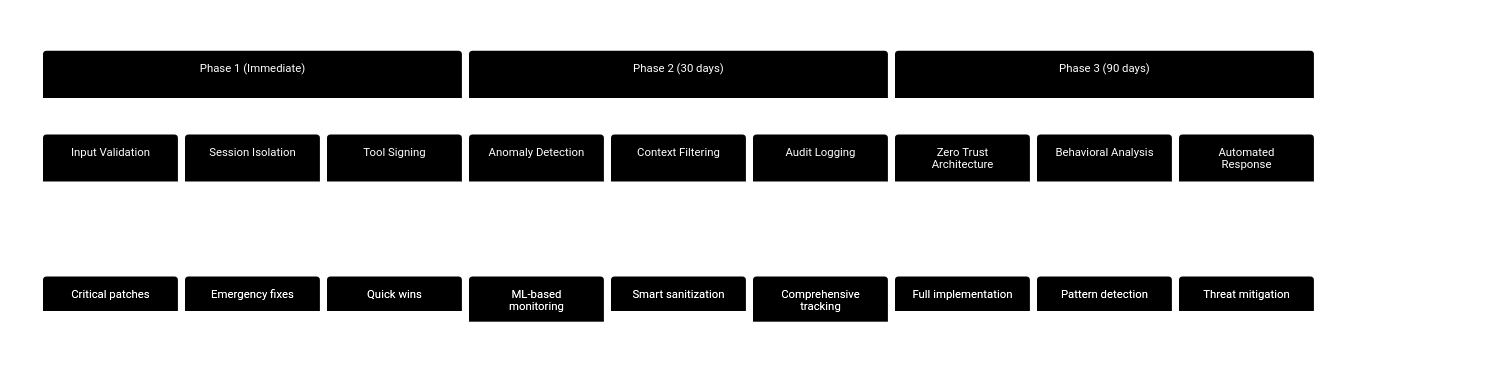
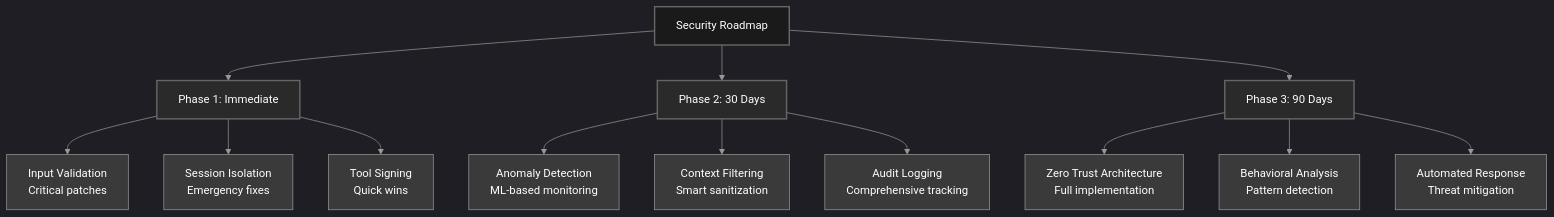
One commit to mbhatt1/agentic_lpci_framework changed the sixth of 7 diagrams in lpci_output/LPCI_ANALYSIS_REPORT.md. Above: the diagram before and after it, drawn with Mermaid. The commit also changed 2 other files, not shown here.

Commit message:
Add gpt results

````diff
--- a/lpci_output/LPCI_ANALYSIS_REPORT.md
+++ b/lpci_output/LPCI_ANALYSIS_REPORT.md
@@ -333,40 +333,53 @@
 ```mermaid
 %%{init: {
-  'theme': 'base',
+  'theme': 'dark',
   'themeVariables': {
-    'primaryColor': '#000000',
+    'darkMode': true,
+    'primaryColor': '#1a1a1a',
     'primaryTextColor': '#ffffff',
-    'primaryBorderColor': '#666666',
+    'primaryBorderColor': '#3a3a3a',
+    'secondaryColor': '#2a2a2a',
+    'tertiaryColor': '#3a3a3a',
     'lineColor': '#999999',
     'background': '#000000',
     'mainBkg': '#1a1a1a',
     'secondBkg': '#2a2a2a',
     'tertiaryBkg': '#3a3a3a',
-    'timelineBkg': '#1a1a1a',
-    'timelineTextColor': '#ffffff',
     'nodeBkg': '#2a2a2a',
     'nodeTextColor': '#ffffff',
     'textColor': '#ffffff',
-    'labelTextColor': '#ffffff',
-    'labelBoxBkgColor': '#1a1a1a',
-    'labelBoxBorderColor': '#666666'
+    'labelTextColor': '#ffffff'
   }
 }}%%
-timeline
-    title Security Roadmap
+flowchart TD
+    A[Security Roadmap]
+    A --> B[Phase 1: Immediate]
+    A --> C[Phase 2: 30 Days]
+    A --> D[Phase 3: 90 Days]
     
-    section Phase 1 (Immediate)
-        Input Validation : Critical patches
-        Session Isolation : Emergency fixes
-        Tool Signing : Quick wins
+    B --> B1[Input Validation<br/>Critical patches]
+    B --> B2[Session Isolation<br/>Emergency fixes]
+    B --> B3[Tool Signing<br/>Quick wins]
     
-    section Phase 2 (30 days)
-        Anomaly Detection : ML-based monitoring
-        Context Filtering : Smart sanitization
-        Audit Logging : Comprehensive tracking
+    C --> C1[Anomaly Detection<br/>ML-based monitoring]
+    C --> C2[Context Filtering<br/>Smart sanitization]
+    C --> C3[Audit Logging<br/>Comprehensive tracking]
     
-    section Phase 3 (90 days)
-        Zero Trust Architecture : Full implementation
-        Behavioral Analysis : Pattern detection
-        Automated Response : Threat mitigation
+    D --> D1[Zero Trust Architecture<br/>Full implementation]
+    D --> D2[Behavioral Analysis<br/>Pattern detection]
+    D --> D3[Automated Response<br/>Threat mitigation]
+    
+    style A fill:#1a1a1a,stroke:#666666,stroke-width:2px,color:#ffffff
+    style B fill:#2a2a2a,stroke:#666666,stroke-width:2px,color:#ffffff
+    style C fill:#2a2a2a,stroke:#666666,stroke-width:2px,color:#ffffff
+    style D fill:#2a2a2a,stroke:#666666,stroke-width:2px,color:#ffffff
+    style B1 fill:#3a3a3a,stroke:#999999,stroke-width:1px,color:#ffffff
+    style B2 fill:#3a3a3a,stroke:#999999,stroke-width:1px,color:#ffffff
+    style B3 fill:#3a3a3a,stroke:#999999,stroke-width:1px,color:#ffffff
+    style C1 fill:#3a3a3a,stroke:#999999,stroke-width:1px,color:#ffffff
+    style C2 fill:#3a3a3a,stroke:#999999,stroke-width:1px,color:#ffffff
+    style C3 fill:#3a3a3a,stroke:#999999,stroke-width:1px,color:#ffffff
+    style D1 fill:#3a3a3a,stroke:#999999,stroke-width:1px,color:#ffffff
+    style D2 fill:#3a3a3a,stroke:#999999,stroke-width:1px,color:#ffffff
+    style D3 fill:#3a3a3a,stroke:#999999,stroke-width:1px,color:#ffffff
 ```
````
